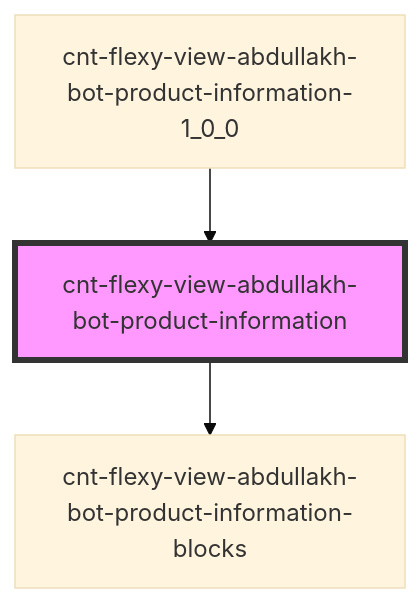
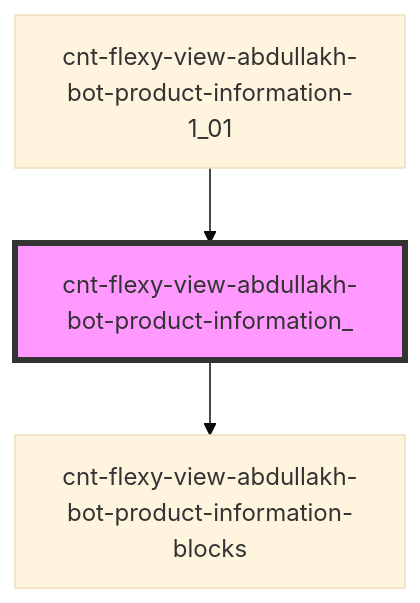
One commit to Wokh-Dada/botdevelopmentapp changed the diagram in src/components/cnt-flexy-view-abdullakh-bot-product-information/res/view/cnt-flexy-view-abdullakh-bot-product-information_/readme.md. Above: the diagram before and after it, drawn with Mermaid (base theme). The commit also changed other lines of this file and 34 other files, not shown here.

````diff
--- a/src/components/cnt-flexy-view-abdullakh-bot-product-information/res/view/cnt-flexy-view-abdullakh-bot-product-information_/readme.md
+++ b/src/components/cnt-flexy-view-abdullakh-bot-product-information/res/view/cnt-flexy-view-abdullakh-bot-product-information_/readme.md
@@ -34,6 +34,6 @@
 ```mermaid
 graph TD;
-  cnt-flexy-view-abdullakh-bot-product-information --> cnt-flexy-view-abdullakh-bot-product-information-blocks
-  cnt-flexy-view-abdullakh-bot-product-information-1_0_0 --> cnt-flexy-view-abdullakh-bot-product-information
-  style cnt-flexy-view-abdullakh-bot-product-information fill:#f9f,stroke:#333,stroke-width:4px
+  cnt-flexy-view-abdullakh-bot-product-information_ --> cnt-flexy-view-abdullakh-bot-product-information-blocks
+  cnt-flexy-view-abdullakh-bot-product-information-1_01 --> cnt-flexy-view-abdullakh-bot-product-information_
+  style cnt-flexy-view-abdullakh-bot-product-information_ fill:#f9f,stroke:#333,stroke-width:4px
 ```
````
